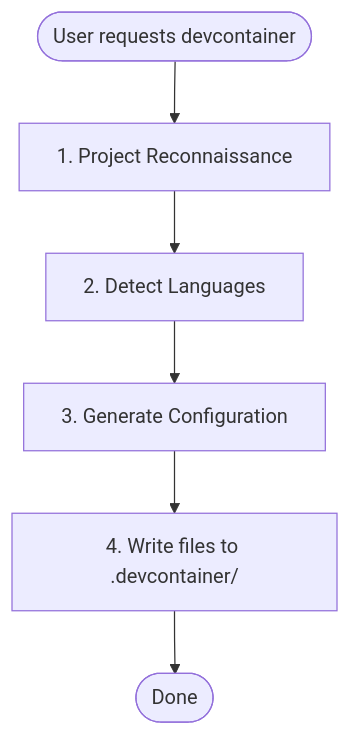
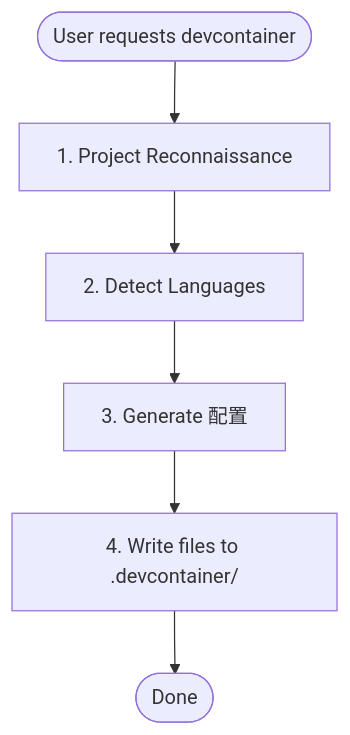
Before and after one commit to kaixings1/doge-code: the diagram in .claude/skills/devcontainer-setup/SKILL.md, drawn with Mermaid. The commit also changed other lines of this file and 1713 other files, not shown here.

````diff
--- a/.claude/skills/devcontainer-setup/SKILL.md
+++ b/.claude/skills/devcontainer-setup/SKILL.md
@@ -26,15 +26,15 @@
 ```mermaid
 flowchart TB
     start([User requests devcontainer])
     recon[1. Project Reconnaissance]
     detect[2. Detect Languages]
-    generate[3. Generate Configuration]
+    generate[3. Generate 配置]
     write[4. Write files to .devcontainer/]
     done([Done])
 
     start --> recon
     recon --> detect
     detect --> generate
     generate --> write
     write --> done
 ```
````
